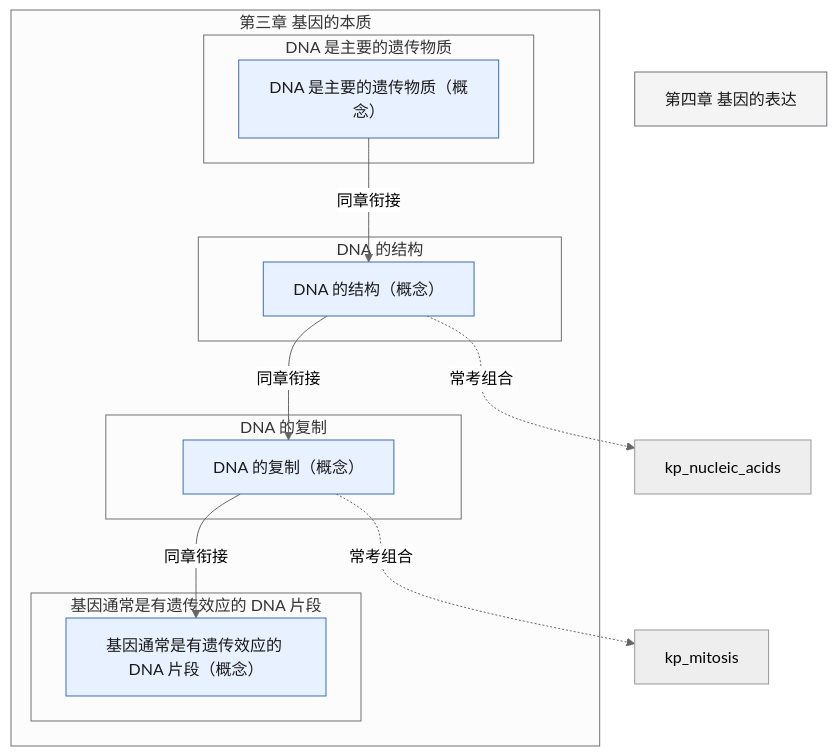
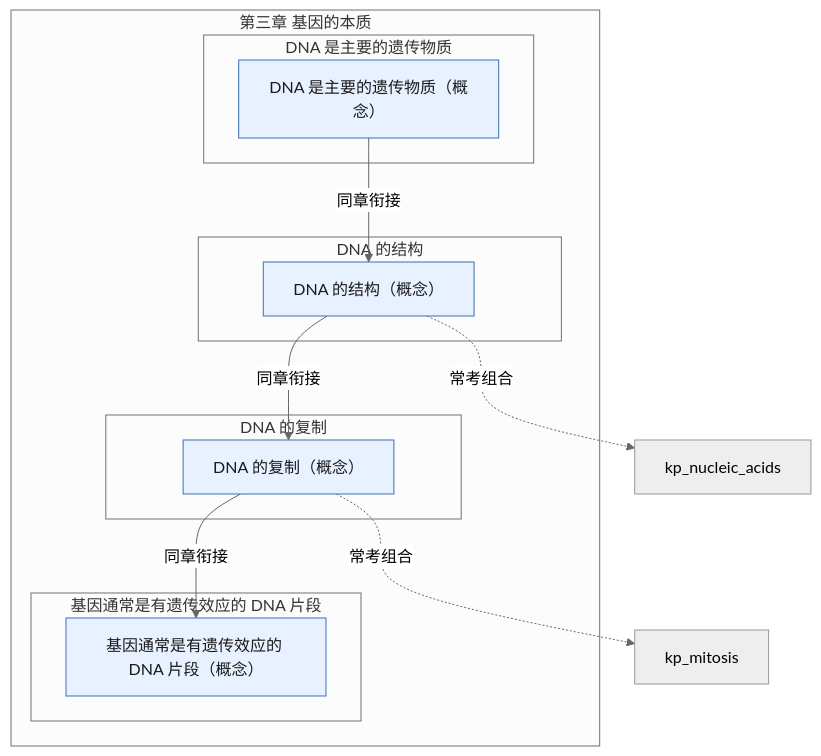
Before and after one commit to lihenair/high-school-ai-tutor-skill: the diagram in skills/high-school-ai-tutor/references/pep-bio-bx2-ch3.md, drawn with Mermaid (neutral theme). The commit also changed 26 other files, not shown here.

First line of the commit message:
feat(bio): 跨教材知识联系图谱——占位符清退 + 53 条组合边 + 联系图谱文档

````diff
--- a/skills/high-school-ai-tutor/references/pep-bio-bx2-ch3.md
+++ b/skills/high-school-ai-tutor/references/pep-bio-bx2-ch3.md
@@ -5,27 +5,26 @@
 ```mermaid
 flowchart TD
   classDef concept fill:#E8F1FF,stroke:#3B6FB6,color:#1A1A1A
   classDef skill fill:#E7F6EE,stroke:#2E7D4F,color:#1A1A1A
   classDef experiment fill:#FFF4E5,stroke:#C47B17,color:#1A1A1A
   classDef later fill:#F4F4F5,stroke:#71717A,color:#1A1A1A
   subgraph ch["第三章 基因的本质"]
     subgraph s1["DNA 是主要的遗传物质"]
       kp_dna_genetic_material["DNA 是主要的遗传物质（概念）"]:::concept
     end
     subgraph s2["DNA 的结构"]
       kp_dna_structure["DNA 的结构（概念）"]:::concept
     end
     subgraph s3["DNA 的复制"]
       kp_dna_replication["DNA 的复制（概念）"]:::concept
     end
     subgraph s4["基因通常是有遗传效应的 DNA 片段"]
       kp_gene_dna_fragment["基因通常是有遗传效应的 DNA 片段（概念）"]:::concept
     end
   end
-  bx2_ch4["第四章 基因的表达"]:::later
   kp_dna_genetic_material -->|同章衔接| kp_dna_structure
   kp_dna_structure -->|同章衔接| kp_dna_replication
   kp_dna_replication -->|同章衔接| kp_gene_dna_fragment
   kp_dna_structure -.->|常考组合| kp_nucleic_acids
   kp_dna_replication -.->|常考组合| kp_mitosis
 ```
````
